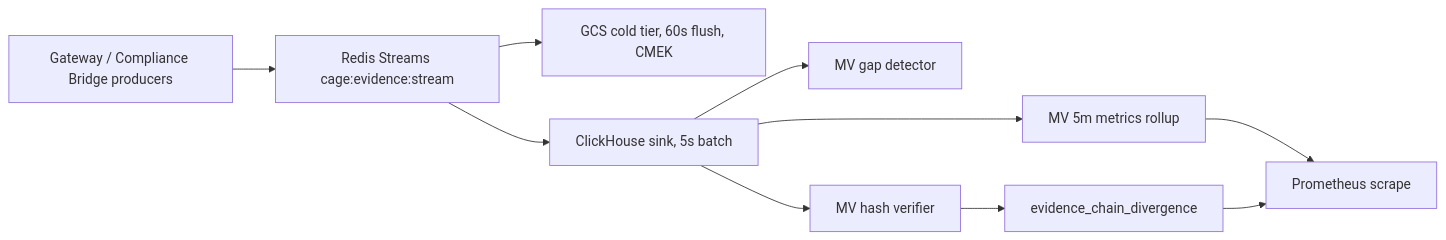
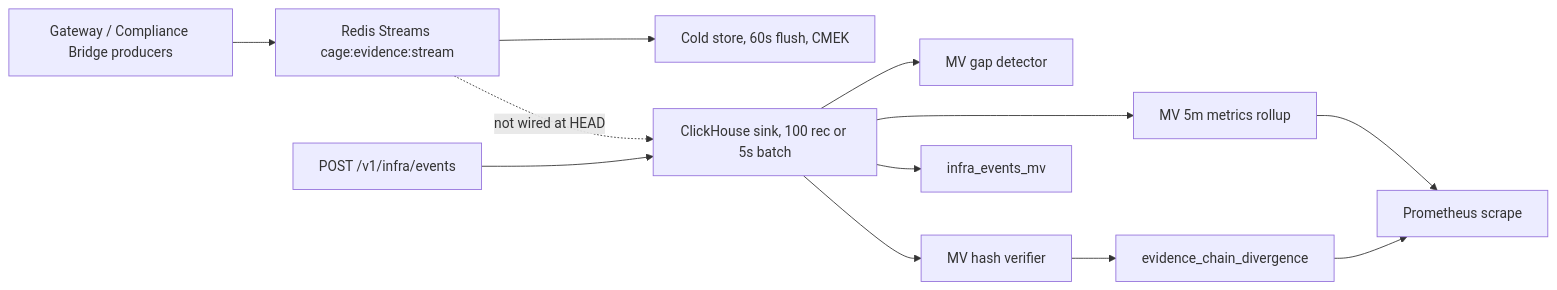
Before and after one commit to Icon369/cybernetic-agent-governance-engine: the diagram in docs/architecture/CLICKHOUSE_EVIDENCE_SINK.md, drawn with Mermaid. The commit also changed other lines of this file and 37 other files, not shown here.

````diff
--- a/docs/architecture/CLICKHOUSE_EVIDENCE_SINK.md
+++ b/docs/architecture/CLICKHOUSE_EVIDENCE_SINK.md
@@ -49,12 +53,14 @@
 ```mermaid
 flowchart LR
     A[Gateway / Compliance Bridge producers] --> B[Redis Streams cage:evidence:stream]
-    B --> C[GCS cold tier, 60s flush, CMEK]
-    B --> D[ClickHouse sink, 5s batch]
+    B --> C[Cold store, 60s flush, CMEK]
+    B -.not wired at HEAD.-> D[ClickHouse sink, 100 rec or 5s batch]
+    P[POST /v1/infra/events] --> D
     D --> E[MV gap detector]
     D --> F[MV hash verifier]
     D --> G[MV 5m metrics rollup]
+    D --> N[infra_events_mv]
     F --> H[evidence_chain_divergence]
     G --> I[Prometheus scrape]
     H --> I
 ```
````
